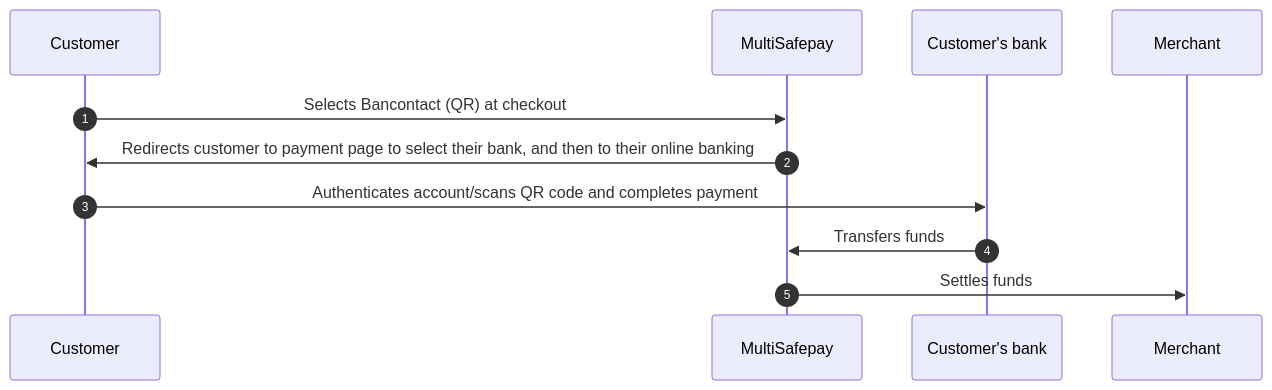
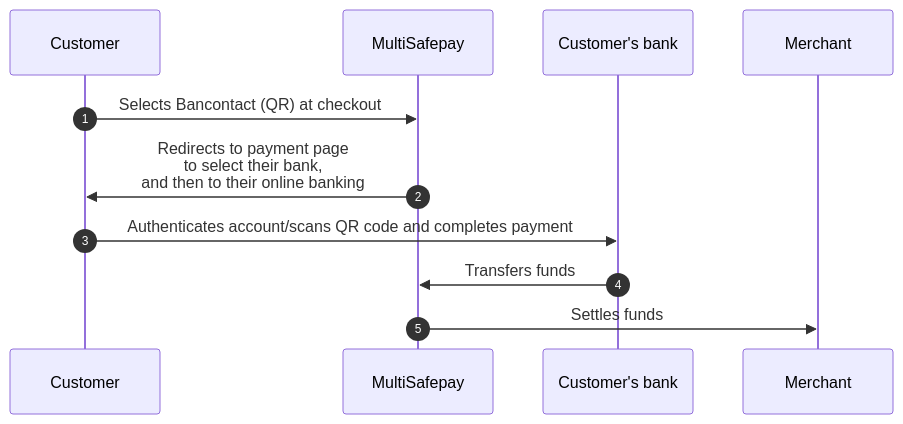
The diagram in content/payments/methods/banks/bancontact/payment-flow.md (MultiSafepay/docs), drawn with Mermaid before and after one commit. The commit also changed other lines of this file and 35 other files, not shown here.

```diff
--- a/content/payments/methods/banks/bancontact/payment-flow.md
+++ b/content/payments/methods/banks/bancontact/payment-flow.md
@@ -18,16 +18,16 @@
 {{< mermaid class="text-center" >}}
 
 sequenceDiagram
     autonumber
     participant C as Customer
     participant Mu as MultiSafepay
     participant CB as Customer's bank
     participant Me as Merchant
 
     C->>Mu: Selects Bancontact (QR) at checkout
-    Mu->>C: Redirects customer to payment page to select their bank, and then to their online banking
+    Mu->>C: Redirects to payment page <br> to select their bank, <br> and then to their online banking
     C->>CB: Authenticates account/scans QR code and completes payment
     CB->>Mu: Transfers funds 
     Mu->>Me: Settles funds 
 
 {{< /mermaid >}}
```
